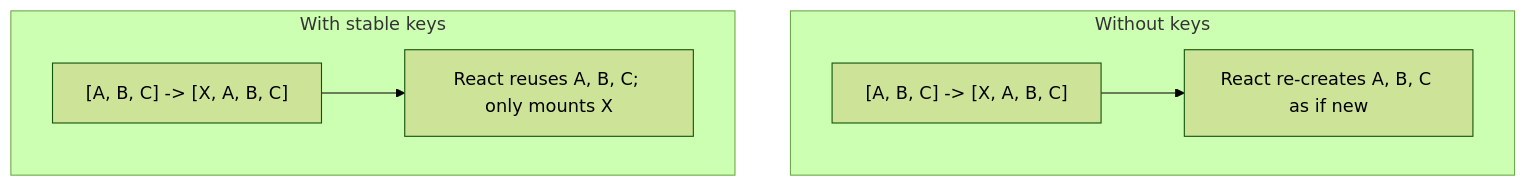
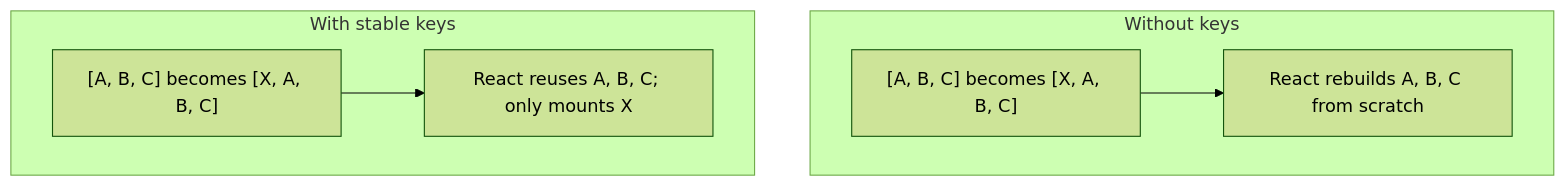
Before and after one commit to BabaScience/react-guides: the ninth of 10 diagrams in arguments/chapters/01-fundamentals.md, drawn with Mermaid (forest theme). The commit also changed other lines of this file and 46 other files, not shown here.

````diff
--- a/arguments/chapters/01-fundamentals.md
+++ b/arguments/chapters/01-fundamentals.md
@@ -863,9 +1076,9 @@
 ```mermaid
 graph TD
     subgraph WithoutKeys["Without keys"]
-        A1["[A, B, C] -&gt; [X, A, B, C]"] --> A2[React re-creates A, B, C as if new]
+        A1["[A, B, C] becomes [X, A, B, C]"] --> A2[React rebuilds A, B, C from scratch]
     end
     subgraph WithKeys["With stable keys"]
-        B1["[A, B, C] -&gt; [X, A, B, C]"] --> B2[React reuses A, B, C; only mounts X]
+        B1["[A, B, C] becomes [X, A, B, C]"] --> B2[React reuses A, B, C; only mounts X]
     end
 ```
````
